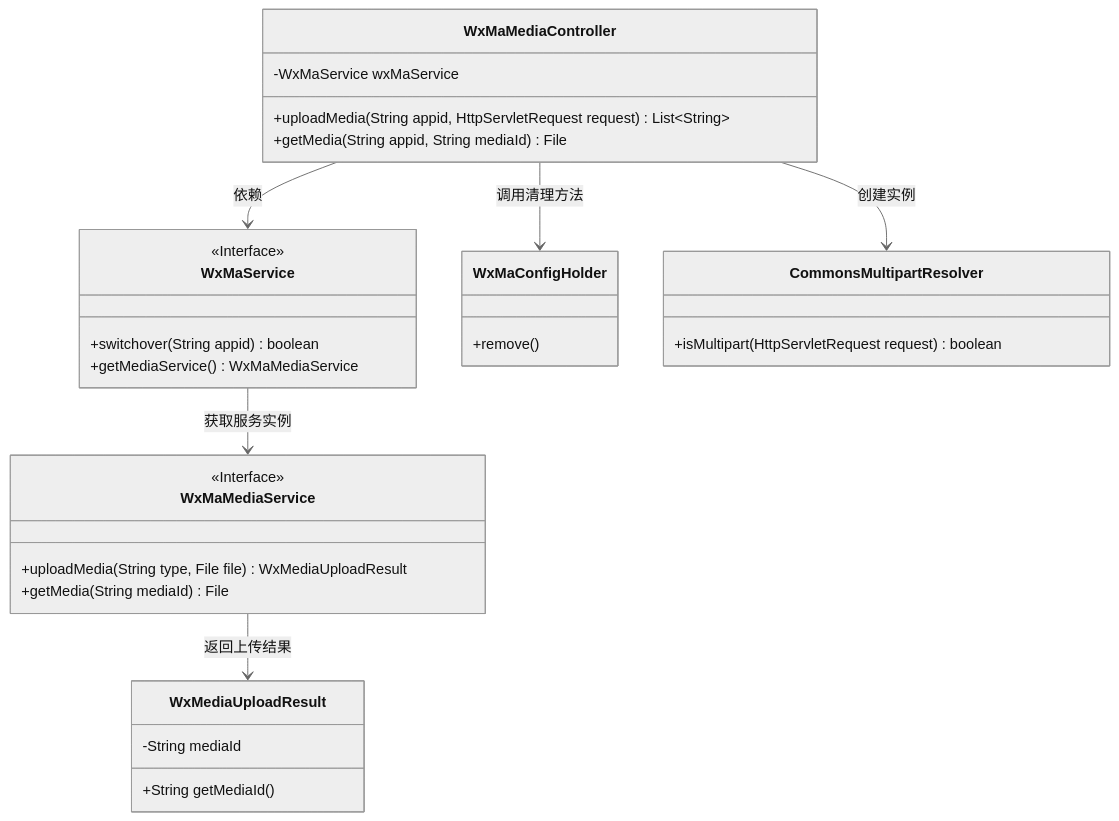
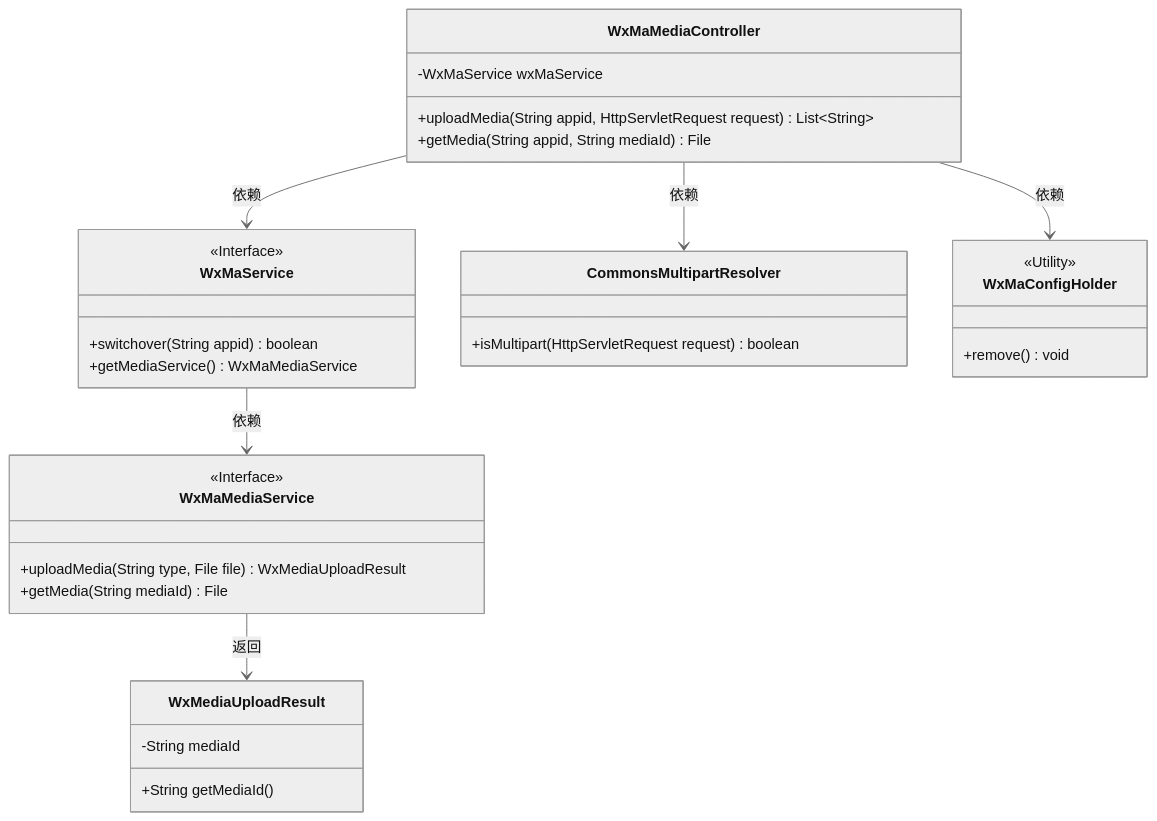
Before and after one commit to v-wjrong/rongwj666_weixin-java-miniapp-demo: the first of 2 diagrams in docs/zh/docs/src/main/java/com/github/binarywang/demo/wx/miniapp/controller/WxMaMediaController.md, drawn with Mermaid (neutral theme). The commit also changed other lines of this file and 42 other files, not shown here.

````diff
--- a/docs/zh/docs/src/main/java/com/github/binarywang/demo/wx/miniapp/controller/WxMaMediaController.md
+++ b/docs/zh/docs/src/main/java/com/github/binarywang/demo/wx/miniapp/controller/WxMaMediaController.md
@@ -36,39 +36,40 @@
 ```mermaid
 classDiagram
     class WxMaMediaController {
         -WxMaService wxMaService
         +uploadMedia(String appid, HttpServletRequest request) List~String~
         +getMedia(String appid, String mediaId) File
     }
 
     class WxMaService {
         <<Interface>>
         +switchover(String appid) boolean
         +getMediaService() WxMaMediaService
     }
 
     class WxMaMediaService {
         <<Interface>>
         +uploadMedia(String type, File file) WxMediaUploadResult
         +getMedia(String mediaId) File
     }
 
     class WxMediaUploadResult {
         -String mediaId
         +String getMediaId()
     }
 
-    class WxMaConfigHolder {
-        +remove()
-    }
-
     class CommonsMultipartResolver {
         +isMultipart(HttpServletRequest request) boolean
     }
 
+    class WxMaConfigHolder {
+        <<Utility>>
+        +remove() void
+    }
+
     WxMaMediaController --> WxMaService : 依赖
-    WxMaMediaController --> CommonsMultipartResolver : 创建实例
-    WxMaMediaController --> WxMaConfigHolder : 调用清理方法
-    WxMaService --> WxMaMediaService : 获取服务实例
-    WxMaMediaService --> WxMediaUploadResult : 返回上传结果
+    WxMaService --> WxMaMediaService : 依赖
+    WxMaMediaController --> CommonsMultipartResolver : 依赖
+    WxMaMediaController --> WxMaConfigHolder : 依赖
+    WxMaMediaService --> WxMediaUploadResult : 返回
 ```
````
